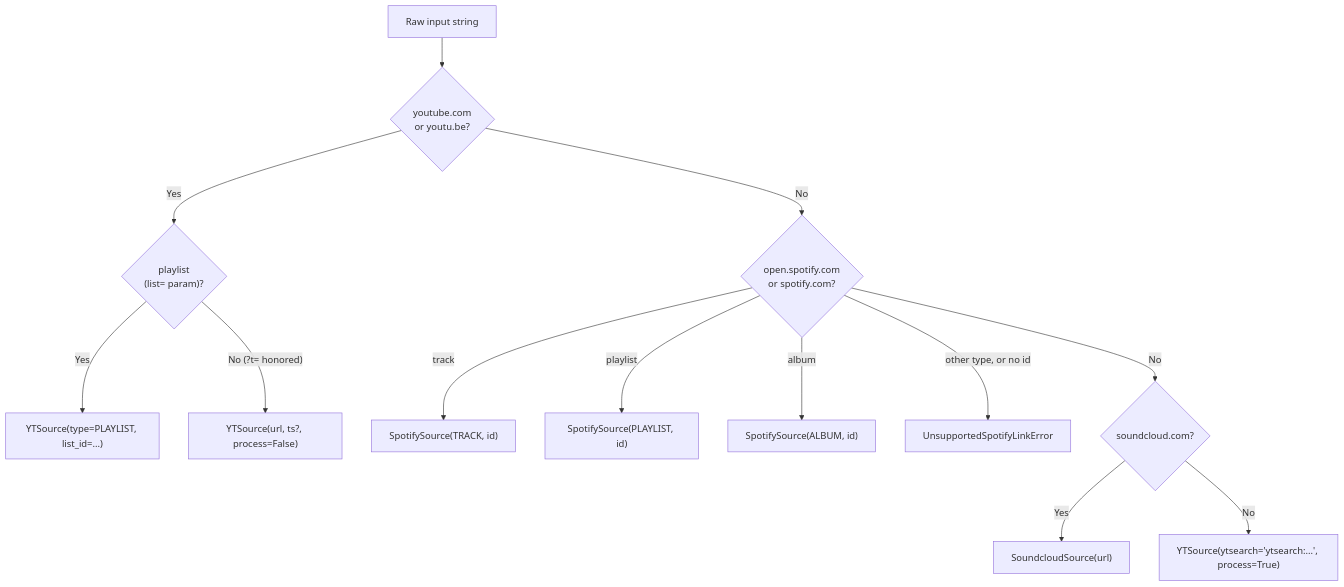
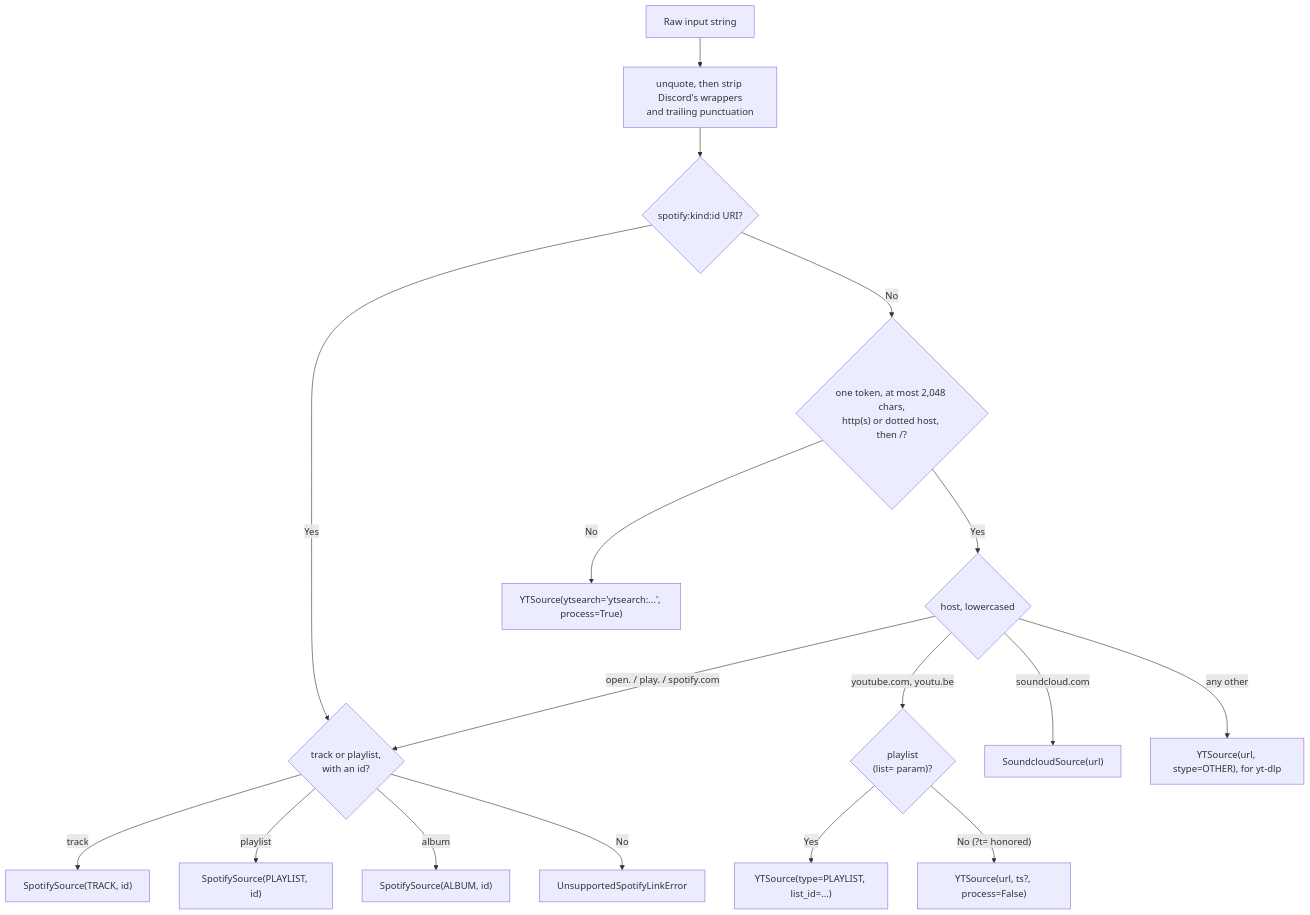
One commit to kawadeomkar/discord-music-bot changed the eighth of 15 diagrams in docs/ARCHITECTURE.md. Above: the diagram before and after it, drawn with Mermaid. The commit also changed other lines of this file and 14 other files, not shown here.

````diff
--- a/docs/ARCHITECTURE.md
+++ b/docs/ARCHITECTURE.md
@@ -648,22 +648,26 @@
 ```mermaid
 flowchart TD
     Input["Raw input string"]
-    IsYT{"youtube.com\nor youtu.be?"}
+    Unwrap["unquote, then strip Discord's wrappers\nand trailing punctuation"]
+    IsURI{"spotify:kind:id URI?"}
+    IsLink{"one token, at most 2,048 chars,\nhttp(s) or dotted host, then /?"}
+    Host{"host, lowercased"}
     IsPL{"playlist\n(list= param)?"}
-    IsSP{"open.spotify.com\nor spotify.com?"}
-    IsSC{"soundcloud.com?"}
+    SPKind{"track or playlist,\nwith an id?"}
 
-    Input --> IsYT
-    IsYT -->|Yes| IsPL
+    Input --> Unwrap --> IsURI
+    IsURI -->|Yes| SPKind
+    IsURI -->|No| IsLink
+    IsLink -->|No| YTS_S["YTSource(ytsearch='ytsearch:...', process=True)"]
+    IsLink -->|Yes| Host
+    Host -->|"youtube.com, youtu.be"| IsPL
     IsPL -->|Yes| YTPL["YTSource(type=PLAYLIST, list_id=...)"]
     IsPL -->|"No (?t= honored)"| YTS["YTSource(url, ts?, process=False)"]
-
-    IsYT -->|No| IsSP
-    IsSP -->|track| SPS_T["SpotifySource(TRACK, id)"]
-    IsSP -->|playlist| SPS_P["SpotifySource(PLAYLIST, id)"]
-    IsSP -->|album| SPS_A["SpotifySource(ALBUM, id)"]
-    IsSP -->|"other type, or no id"| SPX["UnsupportedSpotifyLinkError"]
-    IsSP -->|No| IsSC
-    IsSC -->|Yes| SC["SoundcloudSource(url)"]
-    IsSC -->|No| YTS_S["YTSource(ytsearch='ytsearch:...', process=True)"]
+    Host -->|"open. / play. / spotify.com"| SPKind
+    SPKind -->|track| SPS_T["SpotifySource(TRACK, id)"]
+    SPKind -->|playlist| SPS_P["SpotifySource(PLAYLIST, id)"]
+    SPKind -->|album| SPS_A["SpotifySource(ALBUM, id)"]
+    SPKind -->|No| Refuse["UnsupportedSpotifyLinkError"]
+    Host -->|soundcloud.com| SC["SoundcloudSource(url)"]
+    Host -->|any other| OTHER["YTSource(url, stype=OTHER), for yt-dlp"]
 ```
````
